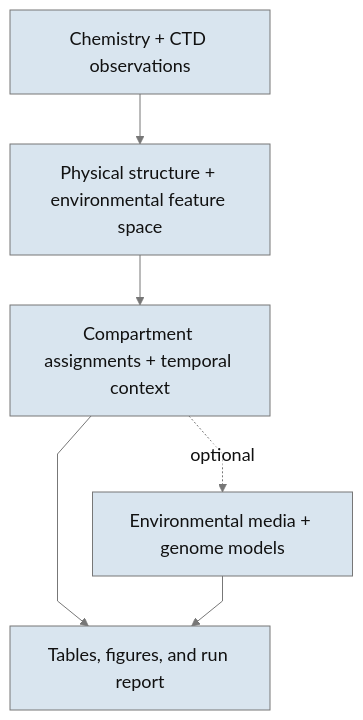
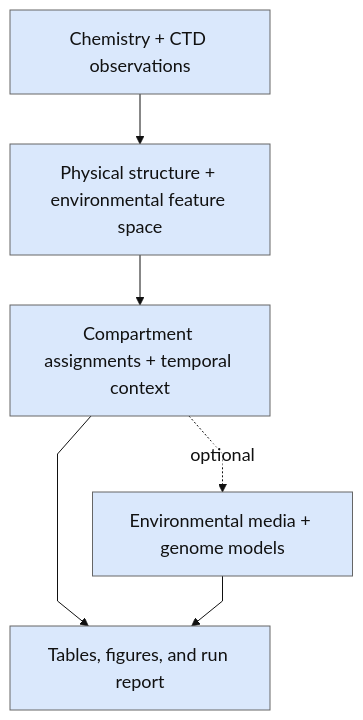
Before and after one commit to hallamlab/BASINS: the diagram in docs/diagrams/conceptual.mmd, drawn with Mermaid. The commit also changed 13 other files, not shown here.

```diff
--- a/docs/diagrams/conceptual.mmd
+++ b/docs/diagrams/conceptual.mmd
@@ -1,7 +1,7 @@
-%%{init: {"theme":"base","themeVariables":{"fontFamily":"Georgia, serif","fontSize":"18px","primaryColor":"#d9e5ef","primaryTextColor":"#111111","primaryBorderColor":"#777777","lineColor":"#777777","secondaryColor":"#dceadb","tertiaryColor":"#f5e5cb","edgeLabelBackground":"#ffffff"},"flowchart":{"htmlLabels":false,"curve":"linear"}}}%%
+%%{init: {"theme":"base","themeVariables":{"fontFamily":"Times New Roman, Times, serif","fontSize":"18px","primaryColor":"#DAE8FC","primaryTextColor":"#111111","primaryBorderColor":"#666666","lineColor":"#111111","secondaryColor":"#D5E8D4","tertiaryColor":"#F5F5F5","edgeLabelBackground":"#ffffff"},"flowchart":{"htmlLabels":false,"curve":"linear"}}}%%
 flowchart TB
  A["Chemistry + CTD observations"] --> B["Physical structure + environmental feature space"]
  B --> C["Compartment assignments + temporal context"]
  C --> D["Tables, figures, and run report"]
  C -. "optional" .-> E["Environmental media + genome models"]
  E --> D
```
